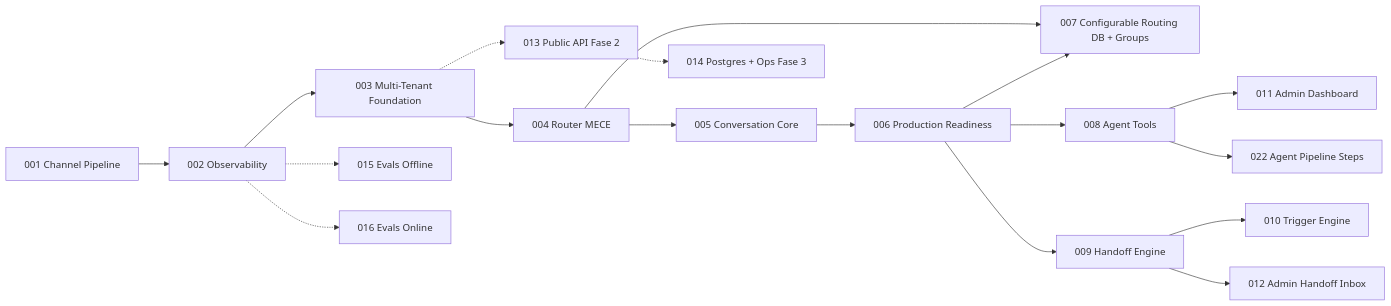
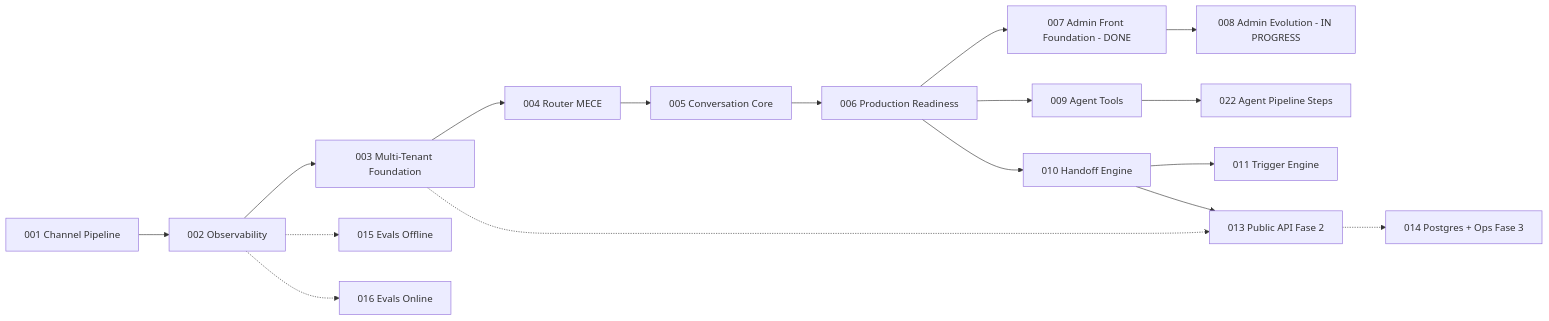
Before and after one commit to paceautomations/madruga.ai: the second of 2 diagrams in platforms/prosauai/planning/roadmap.md, drawn with Mermaid. The commit also changed other lines of this file and 3 other files, not shown here.

````diff
--- a/platforms/prosauai/planning/roadmap.md
+++ b/platforms/prosauai/planning/roadmap.md
@@ -99,20 +103,19 @@
 ```mermaid
 graph LR
   E001[001 Channel Pipeline] --> E002[002 Observability]
   E002 --> E003[003 Multi-Tenant Foundation]
   E003 --> E004[004 Router MECE]
   E004 --> E005[005 Conversation Core]
   E005 --> E006[006 Production Readiness]
-  E006 --> E007[007 Configurable Routing DB + Groups]
-  E004 --> E007
-  E006 --> E008[008 Agent Tools]
-  E006 --> E009[009 Handoff Engine]
-  E009 --> E010[010 Trigger Engine]
-  E008 --> E011[011 Admin Dashboard]
-  E009 --> E012[012 Admin Handoff Inbox]
-  E008 --> E022[022 Agent Pipeline Steps]
+  E006 --> E007[007 Admin Front Foundation - DONE]
+  E007 --> E008[008 Admin Evolution - IN PROGRESS]
+  E006 --> E009[009 Agent Tools]
+  E006 --> E010[010 Handoff Engine]
+  E010 --> E011[011 Trigger Engine]
+  E010 --> E013[013 Admin Handoff Inbox]
+  E009 --> E022[022 Agent Pipeline Steps]
   E003 -.-> E013[013 Public API Fase 2]
   E013 -.-> E014[014 Postgres + Ops Fase 3]
   E002 -.-> E015[015 Evals Offline]
   E002 -.-> E016[016 Evals Online]
 ```
````
